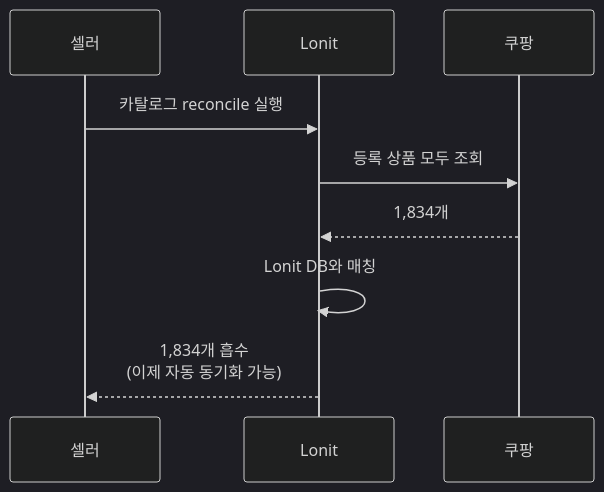
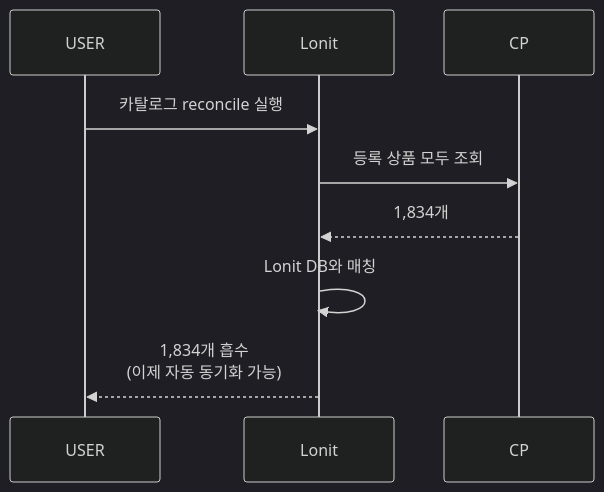
One commit to cksdud5785-design/lonit-manual changed the fifth of 6 diagrams in docs/08-troubleshooting.md. Above: the diagram before and after it, drawn with Mermaid (dark theme). The commit also changed other lines of this file and 17 other files, not shown here.

First line of the commit message:
fix: mermaid 한국어 ID → ASCII + 더망고 → T사 일괄 변경

````diff
--- a/docs/08-troubleshooting.md
+++ b/docs/08-troubleshooting.md
@@ -196,8 +196,8 @@
 ```mermaid
 sequenceDiagram
-    셀러->>Lonit: 카탈로그 reconcile 실행
-    Lonit->>쿠팡: 등록 상품 모두 조회
-    쿠팡-->>Lonit: 1,834개
+    USER->>Lonit: 카탈로그 reconcile 실행
+    Lonit->>CP: 등록 상품 모두 조회
+    CP-->>Lonit: 1,834개
     Lonit->>Lonit: Lonit DB와 매칭
-    Lonit-->>셀러: 1,834개 흡수<br>(이제 자동 동기화 가능)
+    Lonit-->>USER: 1,834개 흡수<br>(이제 자동 동기화 가능)
 ```
````
